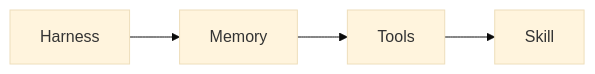
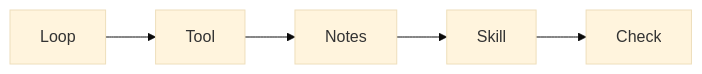
Before and after one commit to MoRohn/agentsphere: the diagram in paths/builder/README.md, drawn with Mermaid (base theme). The commit also changed other lines of this file and 19 other files, not shown here.

````diff
--- a/paths/builder/README.md
+++ b/paths/builder/README.md
@@ -28,6 +28,7 @@
 ```mermaid
 flowchart LR
-  H["Harness"] --> M["Memory"]
-  M --> T["Tools"]
-  T --> S["Skill"]
+  Loop["Loop"] --> Tool["Tool"]
+  Tool --> Notes["Notes"]
+  Notes --> Skill["Skill"]
+  Skill --> Check["Check"]
 ```
````
